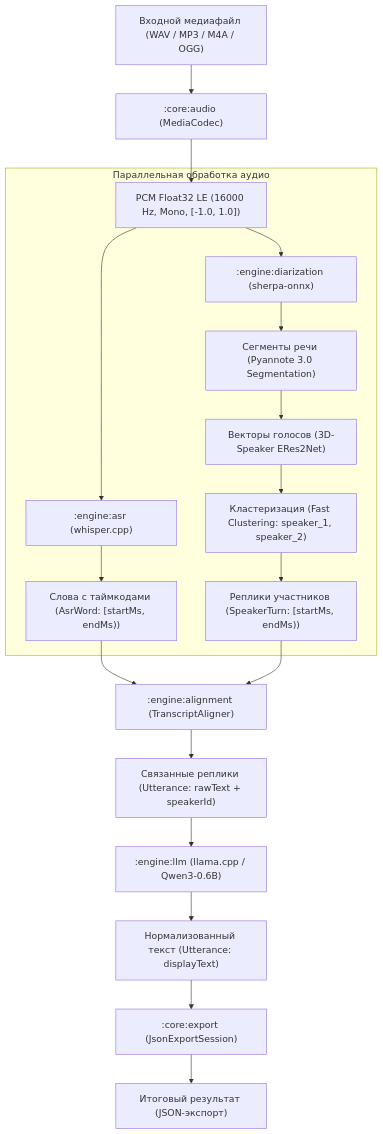
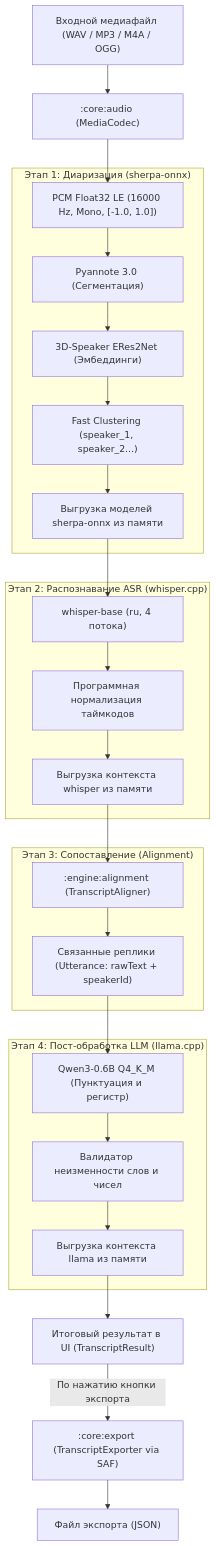
The first of 3 diagrams in docs/ARCHITECTURE.md (ikeepthatjuice/hackaton_mifi_sokolovklum), drawn with Mermaid before and after one commit. The commit also changed other lines of this file, not shown here.

Commit message:
docs(ml): refine ARCHITECTURE.md with sequential pipeline, exact hashes, A51 RAM metrics and LLM budget

````diff
--- a/docs/ARCHITECTURE.md
+++ b/docs/ARCHITECTURE.md
@@ -11,26 +11,33 @@
 ```mermaid
 flowchart TD
     A["Входной медиафайл (WAV / MP3 / M4A / OGG)"] --> B[":core:audio (MediaCodec)"]
     B --> C["PCM Float32 LE (16000 Hz, Mono, [-1.0, 1.0])"]
     
-    subgraph ParallelProcessing ["Параллельная обработка аудио"]
-        C --> D[":engine:asr (whisper.cpp)"]
-        C --> E[":engine:diarization (sherpa-onnx)"]
-        
-        D --> F["Слова с таймкодами (AsrWord: [startMs, endMs))"]
-        E --> G["Сегменты речи (Pyannote 3.0 Segmentation)"]
-        G --> H["Векторы голосов (3D-Speaker ERes2Net)"]
-        H --> I["Кластеризация (Fast Clustering: speaker_1, speaker_2)"]
-        I --> J["Реплики участников (SpeakerTurn: [startMs, endMs))"]
+    subgraph Stage1 ["Этап 1: Диаризация (sherpa-onnx)"]
+        C --> D["Pyannote 3.0 (Сегментация)"]
+        D --> E["3D-Speaker ERes2Net (Эмбеддинги)"]
+        E --> F["Fast Clustering (speaker_1, speaker_2...)"]
+        F --> G["Выгрузка моделей sherpa-onnx из памяти"]
     end
     
-    F --> K[":engine:alignment (TranscriptAligner)"]
-    J --> K
+    subgraph Stage2 ["Этап 2: Распознавание ASR (whisper.cpp)"]
+        G --> H["whisper-base (ru, 4 потока)"]
+        H --> I["Программная нормализация таймкодов"]
+        I --> J["Выгрузка контекста whisper из памяти"]
+    end
     
-    K --> L["Связанные реплики (Utterance: rawText + speakerId)"]
-    L --> M[":engine:llm (llama.cpp / Qwen3-0.6B)"]
-    M --> N["Нормализованный текст (Utterance: displayText)"]
+    subgraph Stage3 ["Этап 3: Сопоставление (Alignment)"]
+        J --> K[":engine:alignment (TranscriptAligner)"]
+        K --> L["Связанные реплики (Utterance: rawText + speakerId)"]
+    end
     
-    N --> O[":core:export (JsonExportSession)"]
-    O --> P["Итоговый результат (JSON-экспорт)"]
+    subgraph Stage4 ["Этап 4: Пост-обработка LLM (llama.cpp)"]
+        L --> M["Qwen3-0.6B Q4_K_M (Пунктуация и регистр)"]
+        M --> N["Валидатор неизменности слов и чисел"]
+        N --> O["Выгрузка контекста llama из памяти"]
+    end
+    
+    O --> P["Итоговый результат в UI (TranscriptResult)"]
+    P -->|По нажатию кнопки экспорта| Q[":core:export (TranscriptExporter via SAF)"]
+    Q --> R["Файл экспорта (JSON)"]
 ```
````
